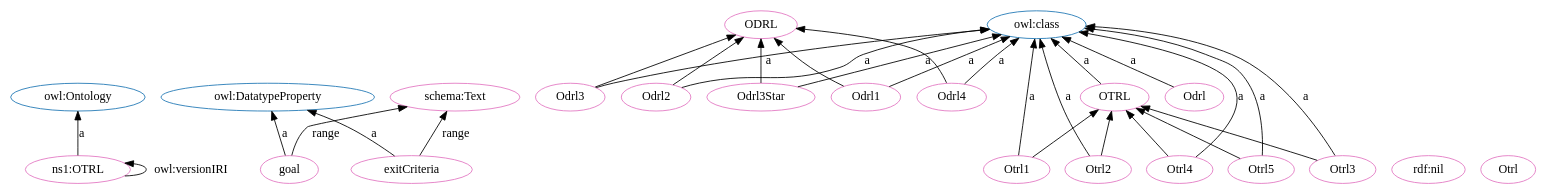
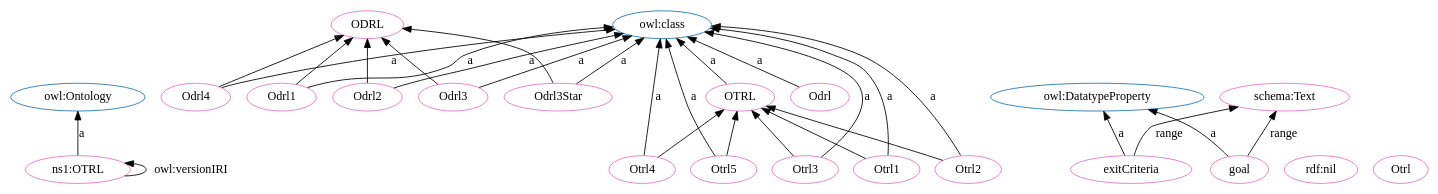
The diagram in OTRL.dot (OPEN-NEXT/OKH-LOSH), drawn with Graphviz before and after one commit. The commit also changed other lines of this file and 16 other files, not shown here.

```diff
--- a/OTRL.dot
+++ b/OTRL.dot
@@ -1,56 +1,56 @@
 digraph G {
   rankdir=BT
   node[height=.3]
 "http://www.w3.org/2002/07/owl#Ontology" [fillcolor="#1f77b4" color="#1f77b4" label="owl:Ontology"]
-"http://www.w3.org/2002/07/owl#DatatypeProperty" [fillcolor="#1f77b4" color="#1f77b4" label="owl:DatatypeProperty"]
 "http://www.w3.org/2002/07/owl#class" [fillcolor="#1f77b4" color="#1f77b4" label="owl:class"]
 "http://purl.org/oseg/ontologies/OTRL#ODRL" [fillcolor="#1f77b4" color="#1f77b4" label="ODRL"]
+"http://www.w3.org/2002/07/owl#DatatypeProperty" [fillcolor="#1f77b4" color="#1f77b4" label="owl:DatatypeProperty"]
 "http://purl.org/oseg/ontologies/OTRL#OTRL" [fillcolor="#1f77b4" color="#1f77b4" label="OTRL"]
+"http://purl.org/oseg/ontologies/OTRL#Odrl" [fillcolor="#e377c2" color="#e377c2" label="Odrl"]
+"http://www.w3.org/1999/02/22-rdf-syntax-ns#nil" [fillcolor="#e377c2" color="#e377c2" label="rdf:nil"]
 "http://purl.org/oseg/ontologies/OTRL#ODRL" [fillcolor="#e377c2" color="#e377c2" label="ODRL"]
-"http://purl.org/oseg/ontologies/OTRL#Odrl3Star" [fillcolor="#e377c2" color="#e377c2" label="Odrl3Star"]
-"http://purl.org/oseg/ontologies/OTRL#Odrl" [fillcolor="#e377c2" color="#e377c2" label="Odrl"]
-"http://purl.org/oseg/ontologies/OTRL#Odrl3" [fillcolor="#e377c2" color="#e377c2" label="Odrl3"]
-"http://www.w3.org/1999/02/22-rdf-syntax-ns#nil" [fillcolor="#e377c2" color="#e377c2" label="rdf:nil"]
-"http://purl.org/oseg/ontologies/OTRL#Otrl4" [fillcolor="#e377c2" color="#e377c2" label="Otrl4"]
+"http://purl.org/oseg/ontologies/OTRL#Odrl1" [fillcolor="#e377c2" color="#e377c2" label="Odrl1"]
+"http://purl.org/oseg/ontologies/OTRL#Otrl3" [fillcolor="#e377c2" color="#e377c2" label="Otrl3"]
+"http://purl.org/oseg/ontologies/OTRL#OTRL" [fillcolor="#e377c2" color="#e377c2" label="OTRL"]
+"http://purl.org/oseg/ontologies/OTRL#exitCriteria" [fillcolor="#e377c2" color="#e377c2" label="exitCriteria"]
 "http://purl.org/oseg/ontologies/OTRL#Odrl4" [fillcolor="#e377c2" color="#e377c2" label="Odrl4"]
-"http://purl.org/oseg/ontologies/OTRL#Odrl1" [fillcolor="#e377c2" color="#e377c2" label="Odrl1"]
-"http://purl.org/oseg/ontologies/OTRL" [fillcolor="#e377c2" color="#e377c2" label="ns1:OTRL"]
-"http://purl.org/oseg/ontologies/OTRL#Otrl" [fillcolor="#e377c2" color="#e377c2" label="Otrl"]
-"http://purl.org/oseg/ontologies/OTRL#OTRL" [fillcolor="#e377c2" color="#e377c2" label="OTRL"]
 "http://purl.org/oseg/ontologies/OTRL#goal" [fillcolor="#e377c2" color="#e377c2" label="goal"]
 "http://schema.org/Text" [fillcolor="#e377c2" color="#e377c2" label="schema:Text"]
-"http://purl.org/oseg/ontologies/OTRL#exitCriteria" [fillcolor="#e377c2" color="#e377c2" label="exitCriteria"]
+"http://purl.org/oseg/ontologies/OTRL#Odrl3Star" [fillcolor="#e377c2" color="#e377c2" label="Odrl3Star"]
+"http://purl.org/oseg/ontologies/OTRL#Odrl3" [fillcolor="#e377c2" color="#e377c2" label="Odrl3"]
+"http://purl.org/oseg/ontologies/OTRL#Otrl" [fillcolor="#e377c2" color="#e377c2" label="Otrl"]
+"http://purl.org/oseg/ontologies/OTRL#Otrl5" [fillcolor="#e377c2" color="#e377c2" label="Otrl5"]
+"http://purl.org/oseg/ontologies/OTRL" [fillcolor="#e377c2" color="#e377c2" label="ns1:OTRL"]
 "http://purl.org/oseg/ontologies/OTRL#Otrl2" [fillcolor="#e377c2" color="#e377c2" label="Otrl2"]
-"http://purl.org/oseg/ontologies/OTRL#Otrl3" [fillcolor="#e377c2" color="#e377c2" label="Otrl3"]
+"http://purl.org/oseg/ontologies/OTRL#Otrl4" [fillcolor="#e377c2" color="#e377c2" label="Otrl4"]
 "http://purl.org/oseg/ontologies/OTRL#Otrl1" [fillcolor="#e377c2" color="#e377c2" label="Otrl1"]
-"http://purl.org/oseg/ontologies/OTRL#Otrl5" [fillcolor="#e377c2" color="#e377c2" label="Otrl5"]
 "http://purl.org/oseg/ontologies/OTRL#Odrl2" [fillcolor="#e377c2" color="#e377c2" label="Odrl2"]
-  "http://purl.org/oseg/ontologies/OTRL#Otrl4" -> "http://www.w3.org/2002/07/owl#class" [label="a"]
-  "http://purl.org/oseg/ontologies/OTRL" -> "http://purl.org/oseg/ontologies/OTRL" [label="owl:versionIRI"]
-  "http://purl.org/oseg/ontologies/OTRL#Otrl5" -> "http://purl.org/oseg/ontologies/OTRL#OTRL" [label=""]
-  "http://purl.org/oseg/ontologies/OTRL#goal" -> "http://schema.org/Text" [label="range"]
-  "http://purl.org/oseg/ontologies/OTRL#Odrl3Star" -> "http://purl.org/oseg/ontologies/OTRL#ODRL" [label=""]
-  "http://purl.org/oseg/ontologies/OTRL#Otrl2" -> "http://www.w3.org/2002/07/owl#class" [label="a"]
-  "http://purl.org/oseg/ontologies/OTRL#Odrl1" -> "http://purl.org/oseg/ontologies/OTRL#ODRL" [label=""]
-  "http://purl.org/oseg/ontologies/OTRL#Odrl3" -> "http://purl.org/oseg/ontologies/OTRL#ODRL" [label=""]
+  "http://purl.org/oseg/ontologies/OTRL#Odrl1" -> "http://www.w3.org/2002/07/owl#class" [label="a"]
+  "http://purl.org/oseg/ontologies/OTRL#exitCriteria" -> "http://www.w3.org/2002/07/owl#DatatypeProperty" [label="a"]
+  "http://purl.org/oseg/ontologies/OTRL#Odrl4" -> "http://www.w3.org/2002/07/owl#class" [label="a"]
+  "http://purl.org/oseg/ontologies/OTRL#goal" -> "http://www.w3.org/2002/07/owl#DatatypeProperty" [label="a"]
+  "http://purl.org/oseg/ontologies/OTRL#Odrl3Star" -> "http://www.w3.org/2002/07/owl#class" [label="a"]
   "http://purl.org/oseg/ontologies/OTRL#OTRL" -> "http://www.w3.org/2002/07/owl#class" [label="a"]
-  "http://purl.org/oseg/ontologies/OTRL#Otrl2" -> "http://purl.org/oseg/ontologies/OTRL#OTRL" [label=""]
   "http://purl.org/oseg/ontologies/OTRL#Odrl4" -> "http://purl.org/oseg/ontologies/OTRL#ODRL" [label=""]
-  "http://purl.org/oseg/ontologies/OTRL#Otrl1" -> "http://www.w3.org/2002/07/owl#class" [label="a"]
   "http://purl.org/oseg/ontologies/OTRL#Otrl5" -> "http://www.w3.org/2002/07/owl#class" [label="a"]
   "http://purl.org/oseg/ontologies/OTRL#Otrl1" -> "http://purl.org/oseg/ontologies/OTRL#OTRL" [label=""]
+  "http://purl.org/oseg/ontologies/OTRL#Otrl2" -> "http://www.w3.org/2002/07/owl#class" [label="a"]
+  "http://purl.org/oseg/ontologies/OTRL#Otrl4" -> "http://www.w3.org/2002/07/owl#class" [label="a"]
+  "http://purl.org/oseg/ontologies/OTRL#Odrl1" -> "http://purl.org/oseg/ontologies/OTRL#ODRL" [label=""]
+  "http://purl.org/oseg/ontologies/OTRL#Otrl3" -> "http://www.w3.org/2002/07/owl#class" [label="a"]
+  "http://purl.org/oseg/ontologies/OTRL#Otrl5" -> "http://purl.org/oseg/ontologies/OTRL#OTRL" [label=""]
+  "http://purl.org/oseg/ontologies/OTRL#Otrl2" -> "http://purl.org/oseg/ontologies/OTRL#OTRL" [label=""]
+  "http://purl.org/oseg/ontologies/OTRL#Odrl" -> "http://www.w3.org/2002/07/owl#class" [label="a"]
+  "http://purl.org/oseg/ontologies/OTRL#Odrl2" -> "http://purl.org/oseg/ontologies/OTRL#ODRL" [label=""]
+  "http://purl.org/oseg/ontologies/OTRL#exitCriteria" -> "http://schema.org/Text" [label="range"]
+  "http://purl.org/oseg/ontologies/OTRL#Odrl3Star" -> "http://purl.org/oseg/ontologies/OTRL#ODRL" [label=""]
+  "http://purl.org/oseg/ontologies/OTRL#Otrl4" -> "http://purl.org/oseg/ontologies/OTRL#OTRL" [label=""]
+  "http://purl.org/oseg/ontologies/OTRL#Odrl3" -> "http://www.w3.org/2002/07/owl#class" [label="a"]
+  "http://purl.org/oseg/ontologies/OTRL" -> "http://purl.org/oseg/ontologies/OTRL" [label="owl:versionIRI"]
+  "http://purl.org/oseg/ontologies/OTRL" -> "http://www.w3.org/2002/07/owl#Ontology" [label="a"]
+  "http://purl.org/oseg/ontologies/OTRL#Otrl3" -> "http://purl.org/oseg/ontologies/OTRL#OTRL" [label=""]
+  "http://purl.org/oseg/ontologies/OTRL#Odrl3" -> "http://purl.org/oseg/ontologies/OTRL#ODRL" [label=""]
+  "http://purl.org/oseg/ontologies/OTRL#Otrl1" -> "http://www.w3.org/2002/07/owl#class" [label="a"]
+  "http://purl.org/oseg/ontologies/OTRL#goal" -> "http://schema.org/Text" [label="range"]
   "http://purl.org/oseg/ontologies/OTRL#Odrl2" -> "http://www.w3.org/2002/07/owl#class" [label="a"]
-  "http://purl.org/oseg/ontologies/OTRL#Odrl2" -> "http://purl.org/oseg/ontologies/OTRL#ODRL" [label=""]
-  "http://purl.org/oseg/ontologies/OTRL#Odrl3Star" -> "http://www.w3.org/2002/07/owl#class" [label="a"]
-  "http://purl.org/oseg/ontologies/OTRL#Odrl3" -> "http://www.w3.org/2002/07/owl#class" [label="a"]
-  "http://purl.org/oseg/ontologies/OTRL#Odrl4" -> "http://www.w3.org/2002/07/owl#class" [label="a"]
-  "http://purl.org/oseg/ontologies/OTRL#Odrl1" -> "http://www.w3.org/2002/07/owl#class" [label="a"]
-  "http://purl.org/oseg/ontologies/OTRL#goal" -> "http://www.w3.org/2002/07/owl#DatatypeProperty" [label="a"]
-  "http://purl.org/oseg/ontologies/OTRL#Otrl4" -> "http://purl.org/oseg/ontologies/OTRL#OTRL" [label=""]
-  "http://purl.org/oseg/ontologies/OTRL#exitCriteria" -> "http://www.w3.org/2002/07/owl#DatatypeProperty" [label="a"]
-  "http://purl.org/oseg/ontologies/OTRL#exitCriteria" -> "http://schema.org/Text" [label="range"]
-  "http://purl.org/oseg/ontologies/OTRL#Otrl3" -> "http://www.w3.org/2002/07/owl#class" [label="a"]
-  "http://purl.org/oseg/ontologies/OTRL#Odrl" -> "http://www.w3.org/2002/07/owl#class" [label="a"]
-  "http://purl.org/oseg/ontologies/OTRL#Otrl3" -> "http://purl.org/oseg/ontologies/OTRL#OTRL" [label=""]
-  "http://purl.org/oseg/ontologies/OTRL" -> "http://www.w3.org/2002/07/owl#Ontology" [label="a"]
 }
```
